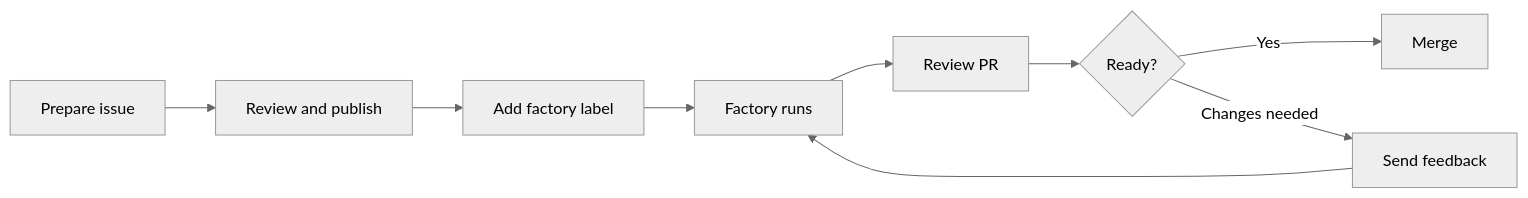
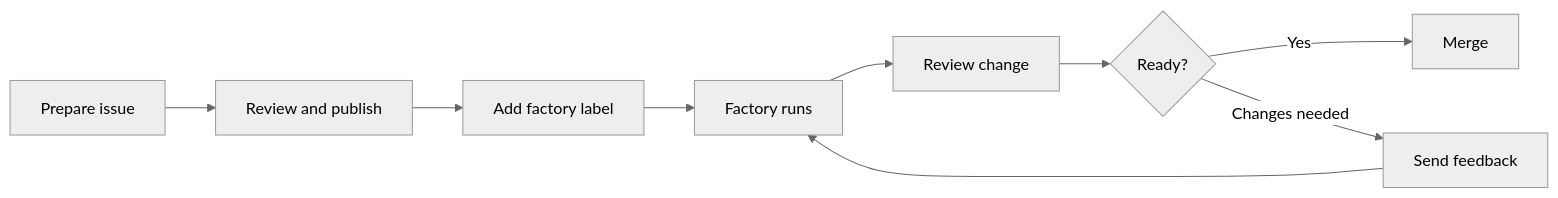
Before and after one commit to curie-eng/curie: the diagram in docs/guides/factory-user-guide.md, drawn with Mermaid (neutral theme). The commit also changed other lines of this file and 1 other file, not shown here.

````diff
--- a/docs/guides/factory-user-guide.md
+++ b/docs/guides/factory-user-guide.md
@@ -5,11 +6,11 @@
 ```mermaid
 flowchart LR
     A["Prepare issue"] --> B["Review and publish"]
     B --> C["Add factory label"]
     C --> D["Factory runs"]
-    D --> E["Review PR"]
+    D --> E["Review change"]
     E --> F{"Ready?"}
     F -- Yes --> G["Merge"]
     F -- Changes needed --> H["Send feedback"]
     H --> D
 ```
````
